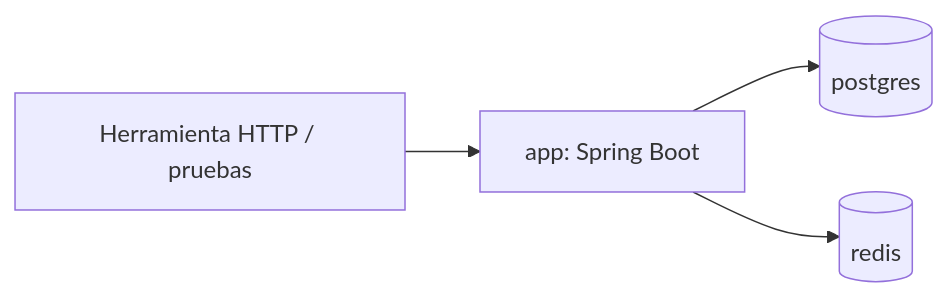
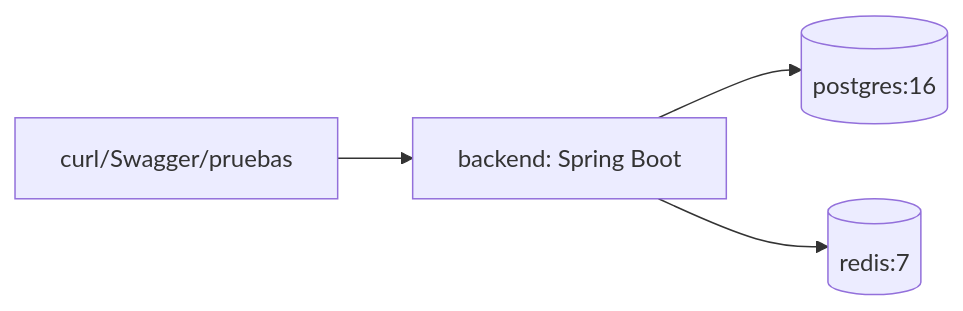
Before and after one commit to dilandcv/BankOs: the diagram in backend/docs/infrastructure/docker-setup.md, drawn with Mermaid. The commit also changed other lines of this file and 163 other files, not shown here.

````diff
--- a/backend/docs/infrastructure/docker-setup.md
+++ b/backend/docs/infrastructure/docker-setup.md
@@ -18,6 +21,6 @@
 ```mermaid
 flowchart LR
-  APP[app: Spring Boot] --> PG[(postgres)]
-  APP --> RD[(redis)]
-  U[Herramienta HTTP / pruebas] --> APP
+  APP[backend: Spring Boot] --> PG[(postgres:16)]
+  APP --> RD[(redis:7)]
+  U[curl/Swagger/pruebas] --> APP
 ```
````
